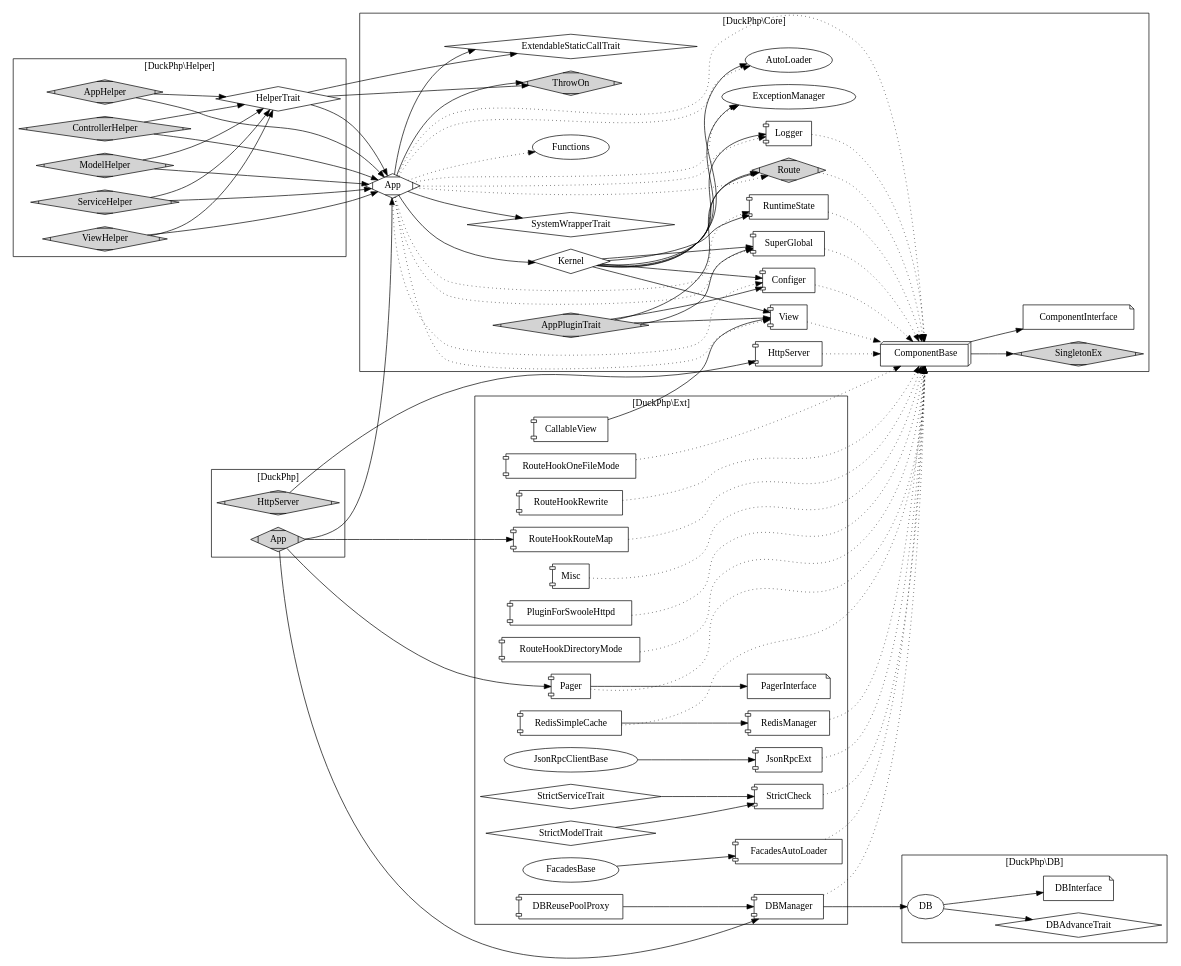
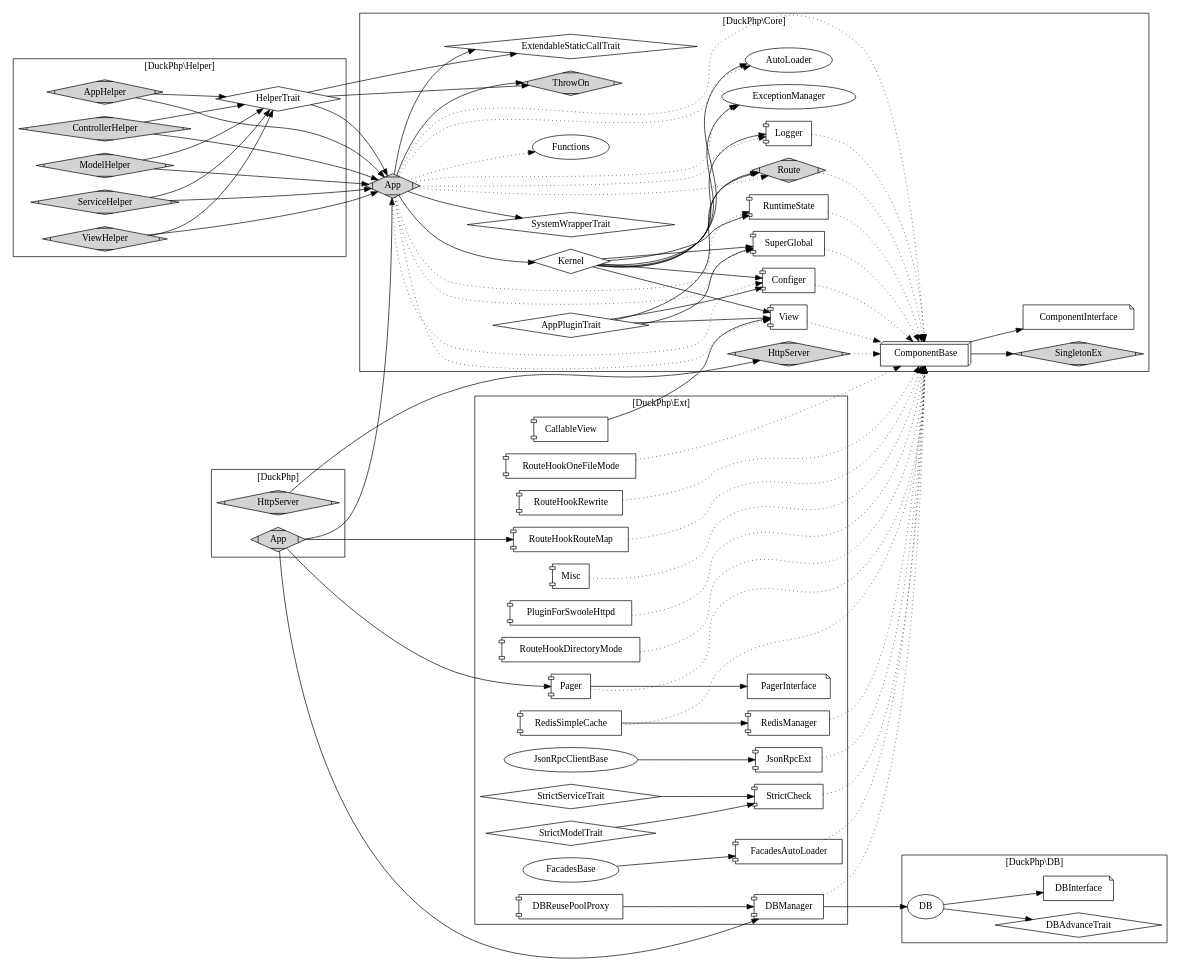
The diagram in doc/duckphp.gv (dvaknheo/duckphp), drawn with Graphviz before and after one commit. The commit also changed 1 other file, not shown here.

Commit message:
修复架构图

```diff
--- a/doc/duckphp.gv
+++ b/doc/duckphp.gv
@@ -1,198 +1,198 @@
 digraph G{
 /* This is a graphviz file */
 graph [rankdir = "LR"];
 
 subgraph cluster_Core {
     
     label = "[DuckPhp\\Core]";
 
-    Core_AppPluginTrait [label="AppPluginTrait";shape=Mdiamond;style=filled];
-    Core_App [label="App";shape=Mdiamond]; 
+    Core_AppPluginTrait [label="AppPluginTrait";shape=diamond];
+    Core_App [label="App";shape=Mdiamond;style=filled]; 
     Core_Kernel [label="Kernel";shape="diamond"];
     Core_SingletonEx [label="SingletonEx";shape=Mdiamond;style=filled];
     Core_AutoLoader [label="AutoLoader"];
     Core_ExceptionManager [label="ExceptionManager"];
     Core_View [label="View";shape="component"];
     Core_Configer [label="Configer";shape="component"];
     Core_Logger [label="Logger";shape="component"];
     Core_Route [label="Route";shape=Mdiamond;style=filled];
     Core_RuntimeState [label="RuntimeState";shape="component"];
     Core_SystemWrapperTrait [label="SystemWrapperTrait";shape=diamond];
     
-    Core_HttpServer [label="HttpServer";shape="component"];
+    Core_HttpServer [label="HttpServer";shape=Mdiamond;style=filled];
     Core_SuperGlobal [label="SuperGlobal";shape="component"];
 
     Core_ExtendableStaticCallTrait [label="ExtendableStaticCallTrait";shape=diamond];
     
     Core_ThrowOn [label="ThrowOn";shape=Mdiamond;style=filled];
     Core_ComponentInterface [label="ComponentInterface";shape=note];
     Core_ComponentBase [label="ComponentBase";shape=box3d];
     Core_Functions [label="Functions"];
 
 
     Core_Kernel -> Core_AutoLoader ;
     Core_Kernel -> Core_Configer;
     Core_Kernel -> Core_Logger;
     Core_Kernel -> Core_ExceptionManager;
     Core_Kernel -> Core_Route;
     Core_Kernel -> Core_RuntimeState;
     Core_Kernel -> Core_View;
     Core_Kernel -> Core_SuperGlobal;
     
     Core_App -> Core_Kernel;
     Core_App -> Core_ThrowOn;
     Core_App -> Core_ExtendableStaticCallTrait;
     Core_App -> Core_SystemWrapperTrait;
     
     Core_App -> Core_AutoLoader [style="dotted"];
     Core_App -> Core_Configer [style="dotted"];
     Core_App -> Core_Logger [style="dotted"];
     Core_App -> Core_ExceptionManager [style="dotted"];
     Core_App -> Core_Route [style="dotted"];
     Core_App -> Core_RuntimeState [style="dotted"];
     Core_App -> Core_View [style="dotted"];
     Core_App -> Core_SuperGlobal [style="dotted"];
     
     Core_App -> Core_Functions [style="dotted"];
     Core_App -> Core_ComponentBase [style="dotted"];
 
 
     Core_AppPluginTrait -> Core_Configer;
     Core_AppPluginTrait -> Core_View;
     Core_AppPluginTrait -> Core_Route;
     Core_AppPluginTrait -> Core_SuperGlobal;
     
     
     Core_Configer -> Core_ComponentBase [style="dotted"];
     Core_Route -> Core_ComponentBase [style="dotted"];
     Core_SuperGlobal -> Core_ComponentBase [style="dotted"];
     Core_RuntimeState -> Core_ComponentBase [style="dotted"];
     Core_View -> Core_ComponentBase [style="dotted"];
     Core_Logger -> Core_ComponentBase [style="dotted"];
     Core_HttpServer -> Core_ComponentBase [style="dotted"];
 
     
     Core_ComponentBase -> Core_ComponentInterface;
     Core_ComponentBase -> Core_SingletonEx;
     
     
 }
 
 
 
 
 subgraph cluster_Helper {
     
     label = "[DuckPhp\\Helper]";
     
     AppHelper [label="AppHelper";shape=Mdiamond;style=filled];
     ControllerHelper [label="ControllerHelper";shape=Mdiamond;style=filled];
     ModelHelper [label="ModelHelper";shape=Mdiamond;style=filled];
     ServiceHelper [label="ServiceHelper";shape=Mdiamond;style=filled];
     ViewHelper [label="ViewHelper";shape=Mdiamond;style=filled];
     HelperTrait [label="HelperTrait";shape=diamond];
     
     AppHelper -> Core_App; 
     ControllerHelper -> Core_App; 
     ModelHelper -> Core_App; 
     ServiceHelper -> Core_App; 
     ViewHelper -> Core_App; 
     HelperTrait -> Core_App;
     HelperTrait -> Core_ExtendableStaticCallTrait ;
     HelperTrait -> Core_ThrowOn;
     
     AppHelper -> HelperTrait; 
     ControllerHelper -> HelperTrait; 
     ModelHelper -> HelperTrait; 
     ServiceHelper -> HelperTrait; 
     ViewHelper -> HelperTrait; 
 
 }
 
 
 
 
 subgraph cluster_DB {
     
     label = "[DuckPhp\\DB]";
 
     DB_DB [label="DB"];
     DB_DBAdvanceTrait [label="DBAdvanceTrait";shape=diamond];
     DB_DBInterface [label="DBInterface";shape=note];
     
     DB_DB -> DB_DBAdvanceTrait;
     DB_DB -> DB_DBInterface;
 }
 
 
 
 subgraph cluster_Ext {
     
     label = "[DuckPhp\\Ext]";
 
     CallableView[shape="component"];
     DBManager[shape="component"];
     DBReusePoolProxy[shape="component"];
     FacadesAutoLoader[shape="component"];
     FacadesBase ;
     JsonRpcClientBase ;
     JsonRpcExt[shape="component"];
     Misc[shape="component"];
     Pager[shape="component"];
     PagerInterface [shape=note];
     PluginForSwooleHttpd[shape="component"];
     RedisManager[shape="component"];
     RedisSimpleCache[shape="component"];
     RouteHookDirectoryMode[shape="component"];
     RouteHookOneFileMode[shape="component"];
     RouteHookRewrite[shape="component"];
     RouteHookRouteMap[shape="component"];
     StrictCheck[shape="component"];
     StrictModelTrait [shape=diamond];
     StrictServiceTrait [shape=diamond];
 
 
     DBManager -> DB_DB;
     CallableView ->Core_View; 
     DBReusePoolProxy ->DBManager; 
     JsonRpcClientBase ->JsonRpcExt;
     FacadesBase -> FacadesAutoLoader;
     Pager -> PagerInterface; 
     RedisSimpleCache -> RedisManager;
     StrictModelTrait -> StrictCheck; 
     StrictServiceTrait -> StrictCheck; 
     
     FacadesAutoLoader -> Core_ComponentBase [style="dotted"];
     JsonRpcExt -> Core_ComponentBase [style="dotted"];
     Pager -> Core_ComponentBase [style="dotted"];
     Misc -> Core_ComponentBase [style="dotted"];
     RedisSimpleCache -> Core_ComponentBase [style="dotted"];
     RedisManager -> Core_ComponentBase [style="dotted"];
     PluginForSwooleHttpd -> Core_ComponentBase [style="dotted"];
     StrictCheck -> Core_ComponentBase [style="dotted"];
     RouteHookDirectoryMode -> Core_ComponentBase [style="dotted"];
     RouteHookOneFileMode -> Core_ComponentBase [style="dotted"];
     RouteHookRewrite -> Core_ComponentBase [style="dotted"];
     RouteHookRouteMap -> Core_ComponentBase [style="dotted"];
     DBManager -> Core_ComponentBase [style="dotted"];
 }
 
 
 subgraph cluster_DuckPhp {
     
     label = "[DuckPhp]";
     node [style=filled];
 
     HttpServer -> Core_HttpServer;
     App -> Core_App;
 
     App -> RouteHookRouteMap;
     App -> Pager;
     App -> DBManager;
 
     App [shape=Mdiamond];
     HttpServer [shape=Mdiamond;style=filled];
 
 }
 
 }
```
